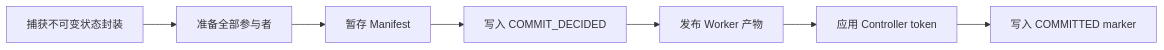
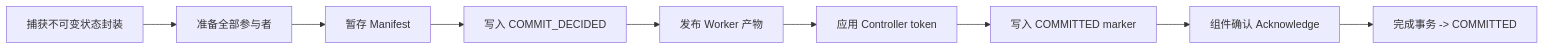
The second of 2 diagrams in docs/checkpoint_zh.md (diaosj/fluxway), drawn with Mermaid before and after one commit. The commit also changed other lines of this file and 170 other files, not shown here.

````diff
--- a/docs/checkpoint_zh.md
+++ b/docs/checkpoint_zh.md
@@ -92,9 +100,11 @@
 ```mermaid
 flowchart LR
     A[捕获不可变状态封装] --> B[准备全部参与者]
     B --> C[暂存 Manifest]
     C --> D[写入 COMMIT_DECIDED]
     D --> E[发布 Worker 产物]
     E --> F[应用 Controller token]
     F --> G[写入 COMMITTED marker]
+    G --> H[组件确认 Acknowledge]
+    H --> I[完成事务 -> COMMITTED]
 ```
````
